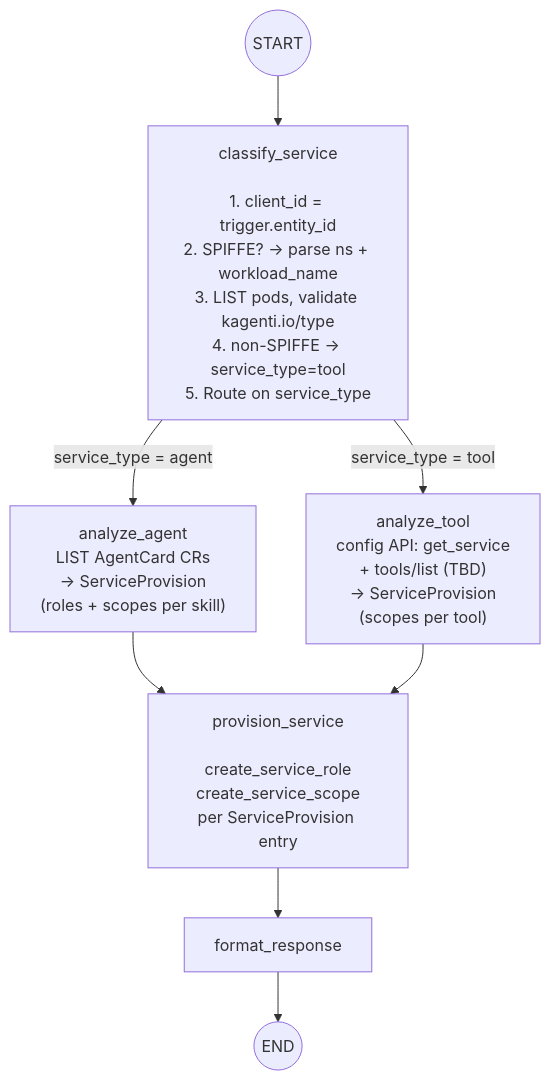
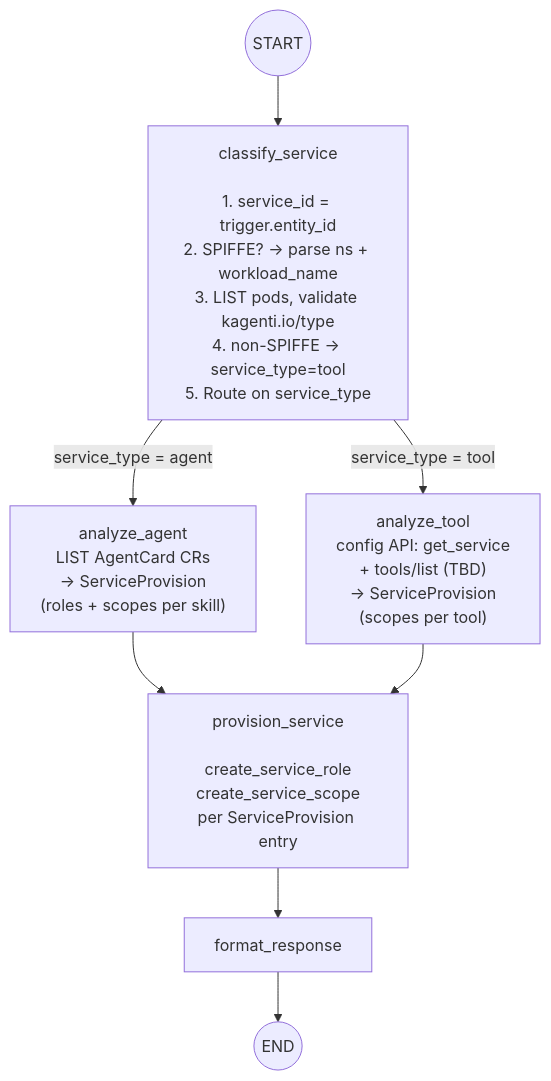
Before and after one commit to rossoctl/aiac: the second of 3 diagrams in inception/requirements/components/aiac-agent/uc1-service-onboarding.md, drawn with Mermaid. The commit also changed other lines of this file, not shown here.

First line of the commit message:
docs: rename OnboardingProvisionState.client_id to service_id in UC1 spec

````diff
--- a/inception/requirements/components/aiac-agent/uc1-service-onboarding.md
+++ b/inception/requirements/components/aiac-agent/uc1-service-onboarding.md
@@ -68,13 +68,13 @@
 ```mermaid
 flowchart TD
-    START(("START")) --> CLASSIFY["classify_service\n\n1. client_id = trigger.entity_id\n2. SPIFFE? → parse ns + workload_name\n3. LIST pods, validate kagenti.io/type\n4. non-SPIFFE → service_type=tool\n5. Route on service_type"]
+    START(("START")) --> CLASSIFY["classify_service\n\n1. service_id = trigger.entity_id\n2. SPIFFE? → parse ns + workload_name\n3. LIST pods, validate kagenti.io/type\n4. non-SPIFFE → service_type=tool\n5. Route on service_type"]
 
     CLASSIFY -->|"service_type = agent"| ANALYZE_AGENT["analyze_agent\nLIST AgentCard CRs\n→ ServiceProvision\n(roles + scopes per skill)"]
     CLASSIFY -->|"service_type = tool"| ANALYZE_TOOL["analyze_tool\nconfig API: get_service\n+ tools/list (TBD)\n→ ServiceProvision\n(scopes per tool)"]
 
     ANALYZE_AGENT --> PROVISION["provision_service\n\ncreate_service_role\ncreate_service_scope\nper ServiceProvision entry"]
     ANALYZE_TOOL --> PROVISION
 
     PROVISION --> FORMAT["format_response"]
     FORMAT --> END(("END"))
 ```
````
